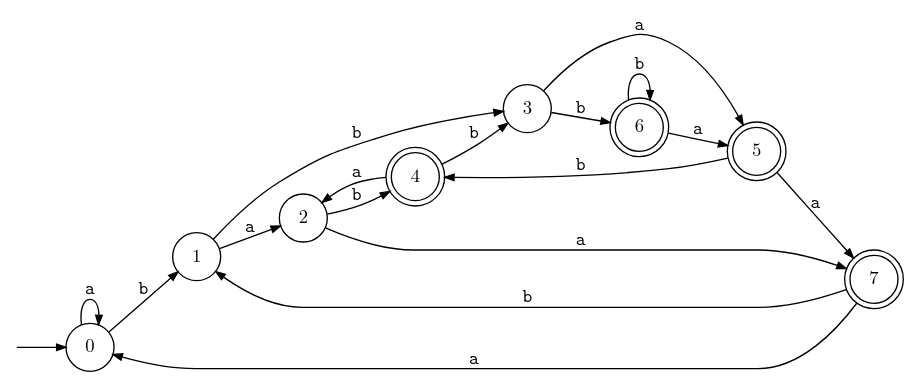
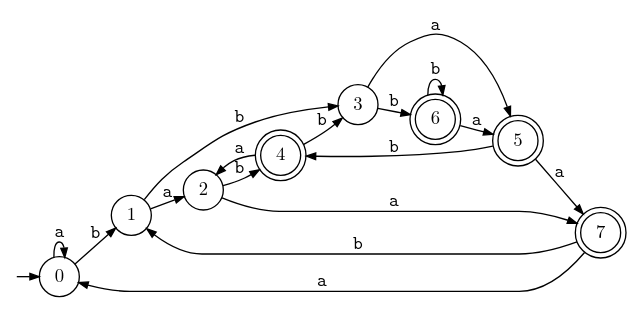
The diagram in Lecture-Notes/Abbildungen/abstarbabab.dot (karlstroetmann/Formal-Languages), drawn with Graphviz before and after one commit. The commit also changed 4 other files, not shown here.

```diff
--- a/Lecture-Notes/Abbildungen/abstarbabab.dot
+++ b/Lecture-Notes/Abbildungen/abstarbabab.dot
@@ -1,34 +1,38 @@
 digraph G {
     // The states are labelled in Latin Modern Math, like $q_0$ in the lecture
     // notes, the transitions in Latin Modern Mono, like \texttt{a}.
     rankdir=LR;
-    node [shape=circle, fixedsize=true, width=0.5,
+    // Smaller circles and gaps than in the other figures, so that this figure fits
+    // the text width at scale 1.0, which keeps its labels at their former 14pt.
+    ranksep=0.2;
+    nodesep=0.15;
+    node [shape=circle, fixedsize=true, width=0.42,
           fontname="Latin Modern Math", fontsize=14];
     edge [fontname="Latin Modern Mono", fontsize=14, arrowsize=0.7];
     start [shape=none, label="", width=0, height=0];
 
     start -> 0;
     0; 1; 2; 3;
     4 [shape=doublecircle];
     5 [shape=doublecircle];
     6 [shape=doublecircle];
     7 [shape=doublecircle];
 
     0 -> 0 [label="a"];
     6 -> 6 [label="b"];
 
     0 -> 1 [label="b"];
     1 -> 2 [label="a"];
     1 -> 3 [label="b"];
     2 -> 4 [label="b"];
     2 -> 7 [label="a"];
     3 -> 5 [label="a"];
     3 -> 6 [label="b"];
     4 -> 2 [label="a"];
     4 -> 3 [label="b"];
     5 -> 4 [label="b"];
     5 -> 7 [label="a"];
     6 -> 5 [label="a"];
     7 -> 1 [label="b"];
     7 -> 0 [label="a"];
 }
```
